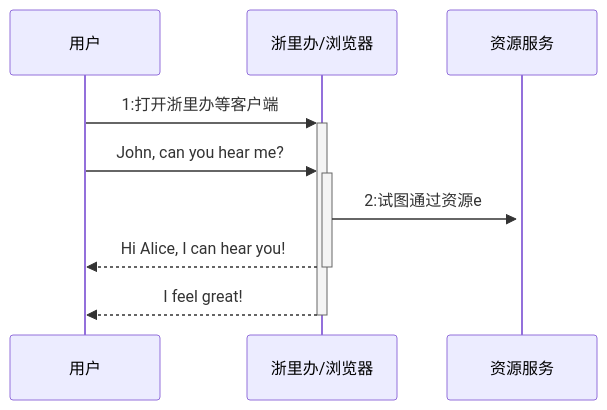
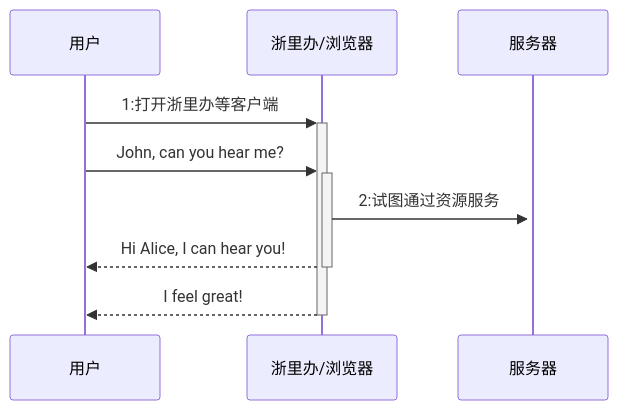
Before and after one commit to fifuntop/iodraw-files: the diagram in all/居民端时序图.md, drawn with Mermaid.

Commit message:
2024-03-14 14:46:37 update

````diff
--- a/all/居民端时序图.md
+++ b/all/居民端时序图.md
@@ -1,9 +1,9 @@
 ```mermaid
 sequenceDiagram
     用户->>+浙里办/浏览器: 1:打开浙里办等客户端
     用户->>+浙里办/浏览器: John, can you hear me?
-    浙里办/浏览器->>+资源服务: 2:试图通过资源e
+    浙里办/浏览器->>+服务器: 2:试图通过资源服务
     浙里办/浏览器-->>-用户: Hi Alice, I can hear you!
     浙里办/浏览器-->>-用户: I feel great!
             
 ```
````
